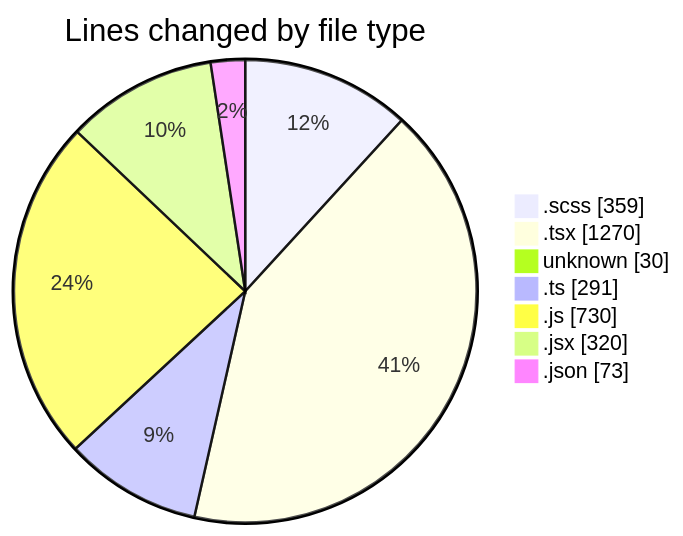
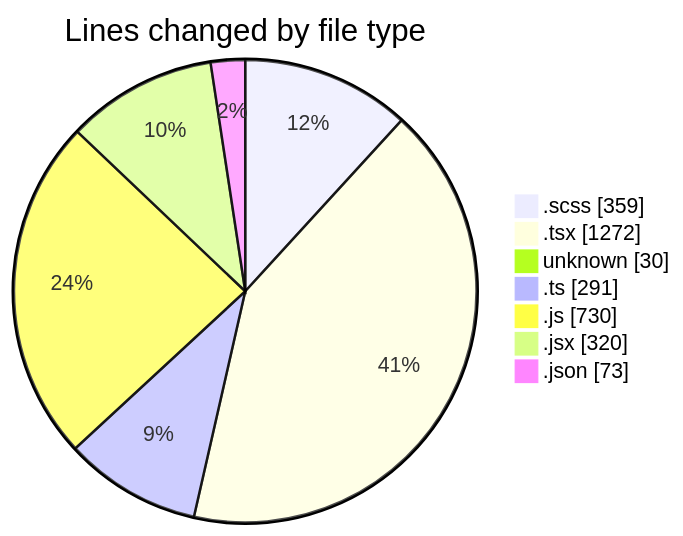
The first of 2 diagrams in 2025-03-05/cda/README.md (momahboobian/code-tracking), drawn with Mermaid before and after one commit. The commit also changed other lines of this file and 1 other file, not shown here.

````diff
--- a/2025-03-05/cda/README.md
+++ b/2025-03-05/cda/README.md
@@ -45,11 +45,11 @@
 ```mermaid
 pie showData
 title Lines changed by file type
 ".scss" : 359
-".tsx" : 1270
+".tsx" : 1272
 "unknown" : 30
 ".ts" : 291
 ".js" : 730
 ".jsx" : 320
 ".json" : 73
 ```
````
